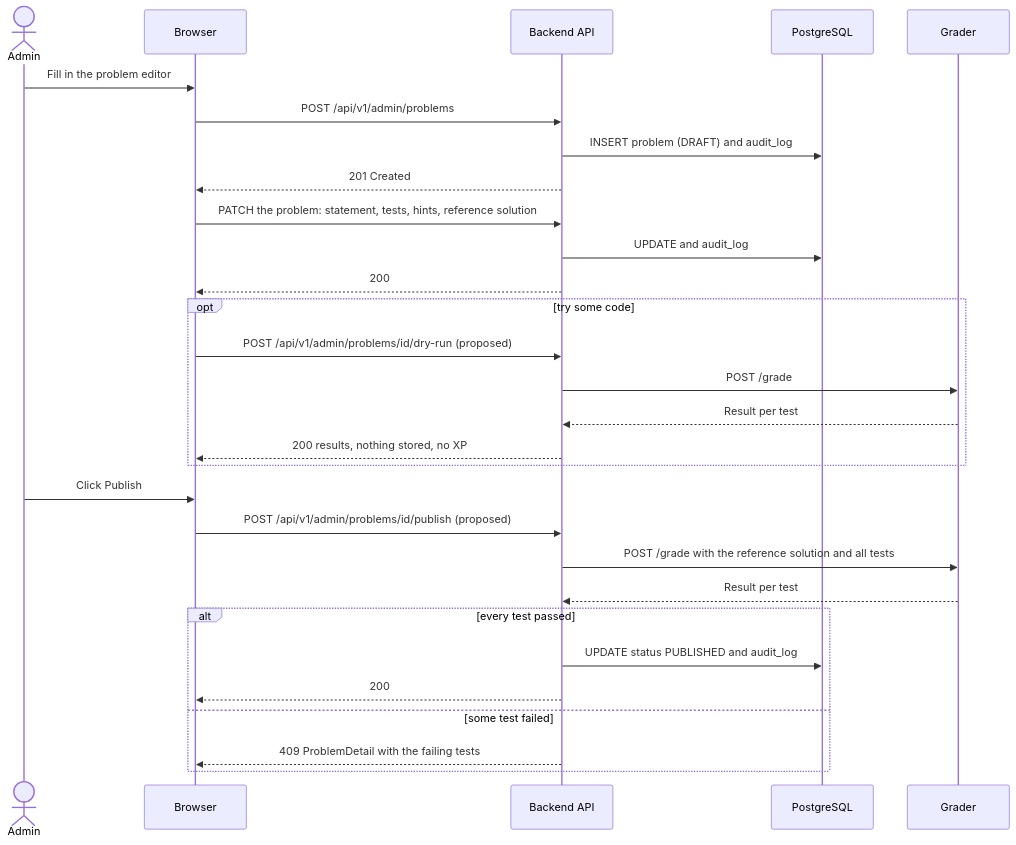
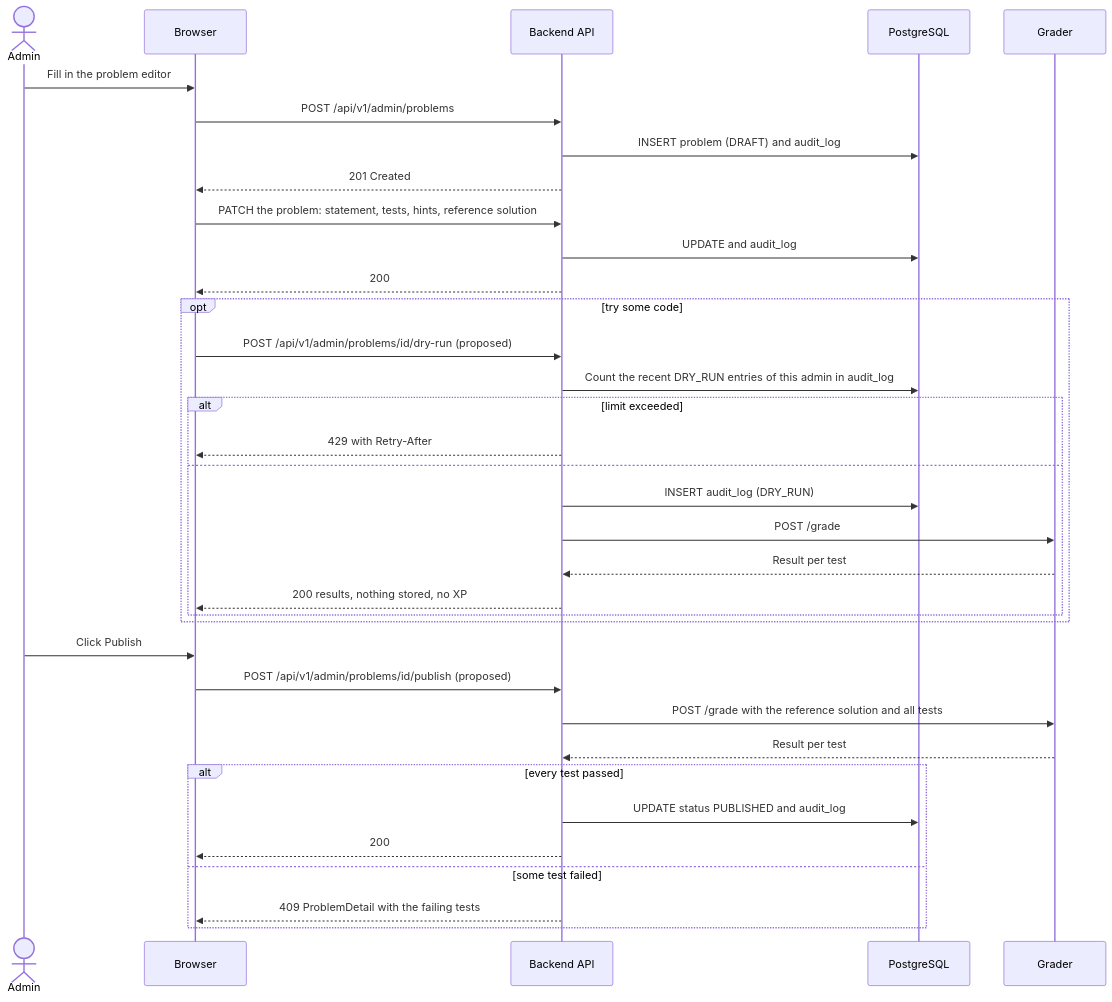
The ninth of 10 diagrams in docs/design/flows.md (Kerolly/software_engineering_II), drawn with Mermaid before and after one commit. The commit also changed other lines of this file and 2 other files, not shown here.

````diff
--- a/docs/design/flows.md
+++ b/docs/design/flows.md
@@ -204,34 +254,40 @@
 ```mermaid
 sequenceDiagram
     actor Admin
     participant B as Browser
     participant API as Backend API
     participant DB as PostgreSQL
     participant G as Grader
 
     Admin->>B: Fill in the problem editor
     B->>API: POST /api/v1/admin/problems
     API->>DB: INSERT problem (DRAFT) and audit_log
     API-->>B: 201 Created
     B->>API: PATCH the problem: statement, tests, hints, reference solution
     API->>DB: UPDATE and audit_log
     API-->>B: 200
 
     opt try some code
         B->>API: POST /api/v1/admin/problems/id/dry-run (proposed)
-        API->>G: POST /grade
-        G-->>API: Result per test
-        API-->>B: 200 results, nothing stored, no XP
+        API->>DB: Count the recent DRY_RUN entries of this admin in audit_log
+        alt limit exceeded
+            API-->>B: 429 with Retry-After
+        else
+            API->>DB: INSERT audit_log (DRY_RUN)
+            API->>G: POST /grade
+            G-->>API: Result per test
+            API-->>B: 200 results, nothing stored, no XP
+        end
     end
 
     Admin->>B: Click Publish
     B->>API: POST /api/v1/admin/problems/id/publish (proposed)
     API->>G: POST /grade with the reference solution and all tests
     G-->>API: Result per test
     alt every test passed
         API->>DB: UPDATE status PUBLISHED and audit_log
         API-->>B: 200
     else some test failed
         API-->>B: 409 ProblemDetail with the failing tests
     end
 ```
````
